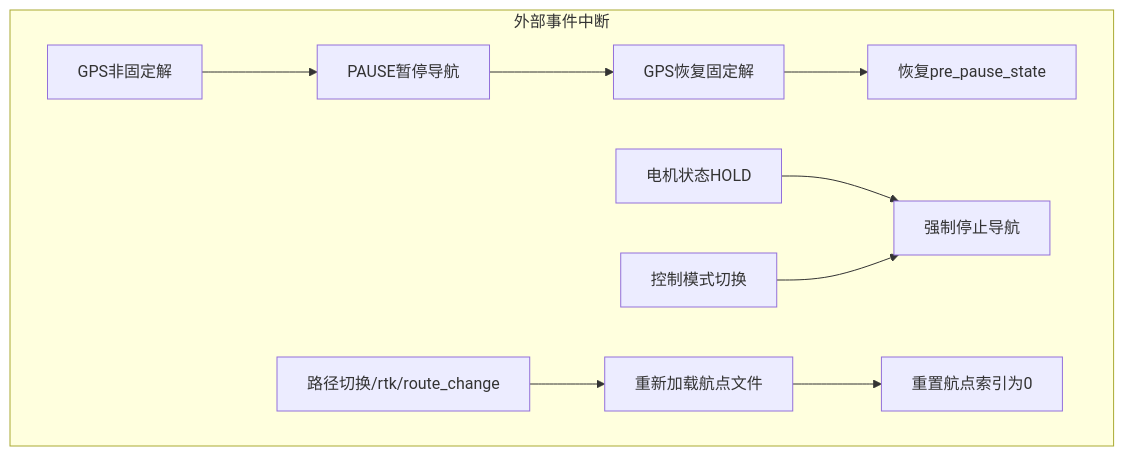
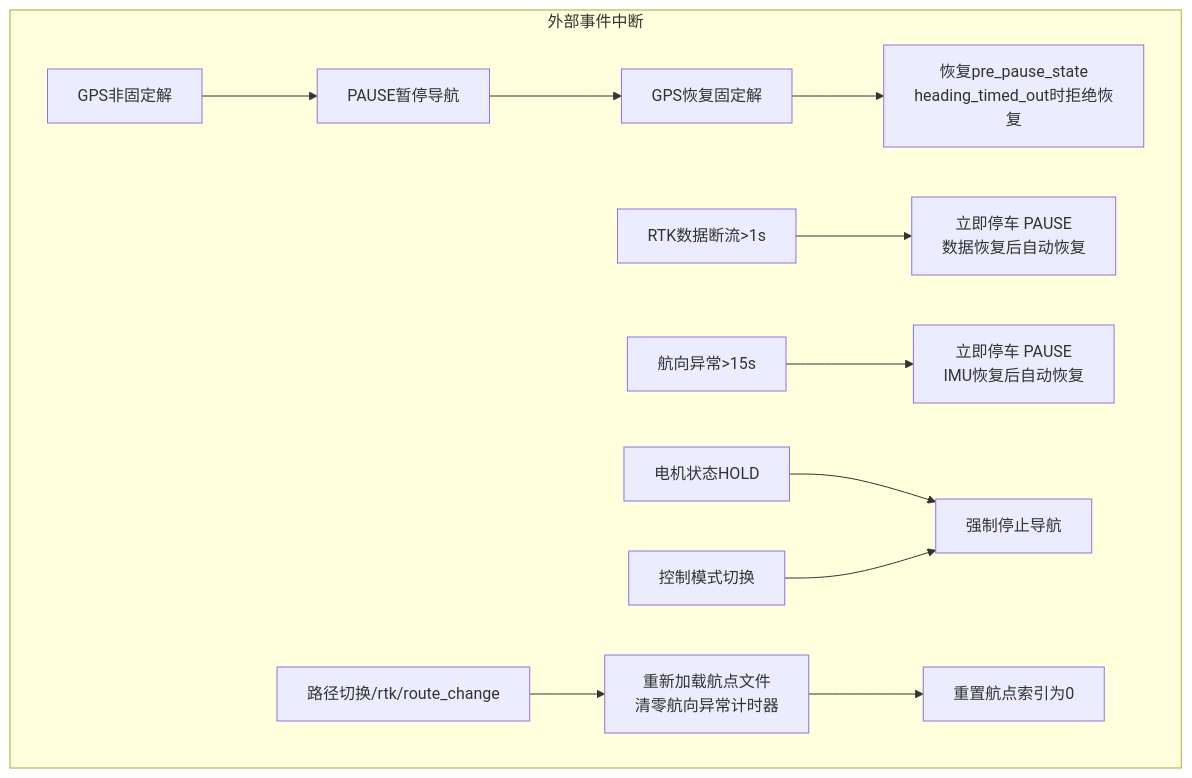
One commit to J123123-oss/robot_cleaning changed the first of 6 diagrams in README.md. Above: the diagram before and after it, drawn with Mermaid. The commit also changed other lines of this file, not shown here.

First line of the commit message:
docs: README流程图更新force_bearing_mode+Stanley参数修正+关键参数表化

````diff
--- a/README.md
+++ b/README.md
@@ -44,11 +112,13 @@
 ```mermaid
 graph TD
     subgraph 外部事件中断
         GPS_NONFIX["GPS非固定解"] --> PAUSE["PAUSE暂停导航"]
-        PAUSE --> GPS_FIX["GPS恢复固定解"] --> RESUME["恢复pre_pause_state"]
+        PAUSE --> GPS_FIX["GPS恢复固定解"] --> RESUME["恢复pre_pause_state<br/>heading_timed_out时拒绝恢复"]
+        RTK_TIMEOUT["RTK数据断流>1s"] --> PAUSE_STOP["立即停车 PAUSE<br/>数据恢复后自动恢复"]
+        HDG_TIMEOUT["航向异常>15s"] --> PAUSE_STOP2["立即停车 PAUSE<br/>IMU恢复后自动恢复"]
         HOLD["电机状态HOLD"] --> STOP_NAV["强制停止导航"]
         MODE_SWITCH["控制模式切换"] --> STOP_NAV
-        ROUTE_CHANGE["路径切换/rtk/route_change"] --> RELOAD["重新加载航点文件"]
+        ROUTE_CHANGE["路径切换/rtk/route_change"] --> RELOAD["重新加载航点文件<br/>清零航向异常计时器"]
         RELOAD --> RESET_IDX["重置航点索引为0"]
     end
 ```
````
